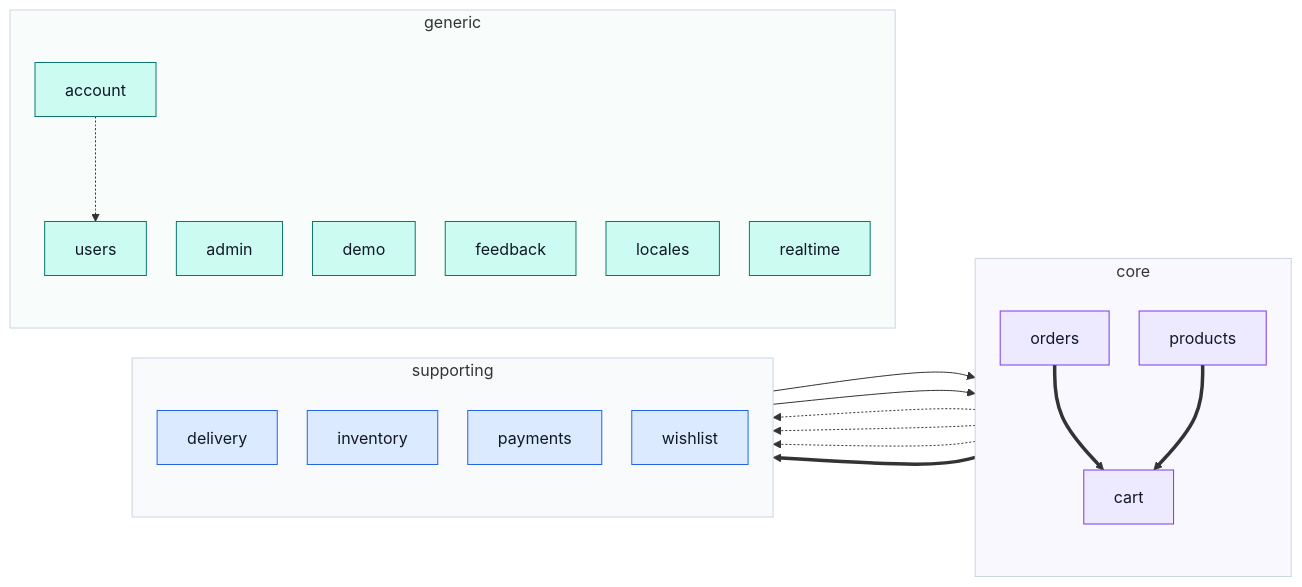
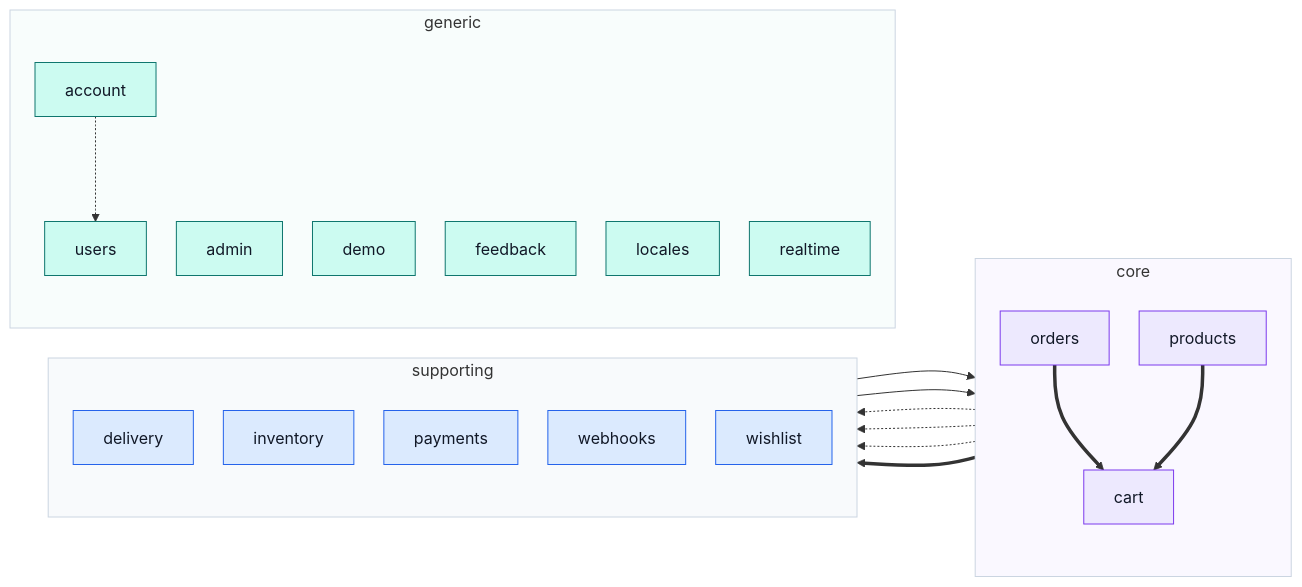
Before and after one commit to Guebbit/boilerplate-vue-frontend: the diagram in docs/modules/index.md, drawn with Mermaid. The commit also changed other lines of this file and 24 other files, not shown here.

````diff
--- a/docs/modules/index.md
+++ b/docs/modules/index.md
@@ -34,46 +34,47 @@
 ```mermaid
 %%{init: {'flowchart': {'nodeSpacing': 30, 'rankSpacing': 80}}}%%
 flowchart LR
     subgraph CORE["core"]
         direction TB
         cart["cart"]
         orders["orders"]
         products["products"]
     end
     subgraph SUPPORTING["supporting"]
         direction TB
         delivery["delivery"]
         inventory["inventory"]
         payments["payments"]
+        webhooks["webhooks"]
         wishlist["wishlist"]
     end
     subgraph GENERIC["generic"]
         direction TB
         account["account"]
         admin["admin"]
         demo["demo"]
         feedback["feedback"]
         locales["locales"]
         realtime["realtime"]
         users["users"]
     end
     account -.-> users
     cart -.-> delivery
     inventory --> products
     orders ==> cart
     orders -.-> delivery
     orders -.-> payments
     products ==> cart
     products ==> wishlist
     wishlist --> cart
 
     classDef core fill:#ede9fe,stroke:#7c3aed,color:#111827;
     classDef supporting fill:#dbeafe,stroke:#2563eb,color:#111827;
     classDef generic fill:#ccfbf1,stroke:#0f766e,color:#111827;
     class cart,orders,products core;
-    class delivery,inventory,payments,wishlist supporting;
+    class delivery,inventory,payments,webhooks,wishlist supporting;
     class account,admin,demo,feedback,locales,realtime,users generic;
     style CORE fill:#faf8ff,stroke:#cbd5e1
     style SUPPORTING fill:#f8fafc,stroke:#cbd5e1
     style GENERIC fill:#f8fdfc,stroke:#cbd5e1
 ```
````
